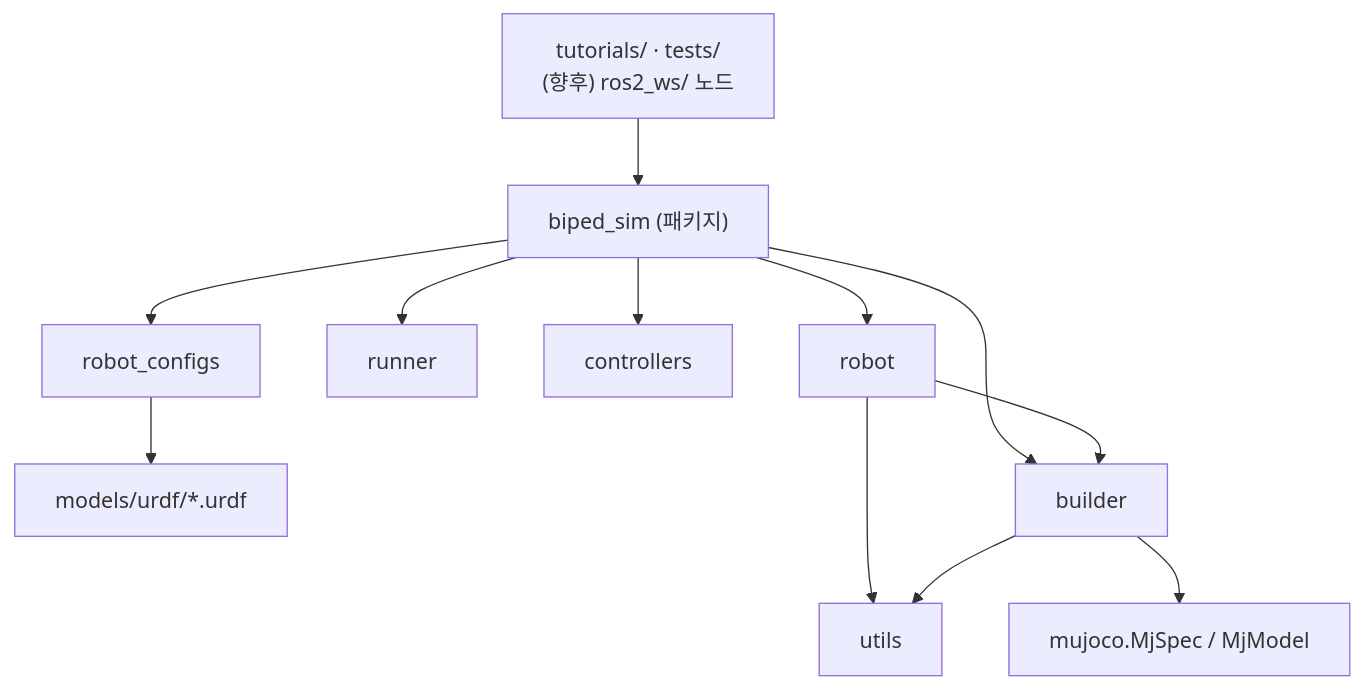
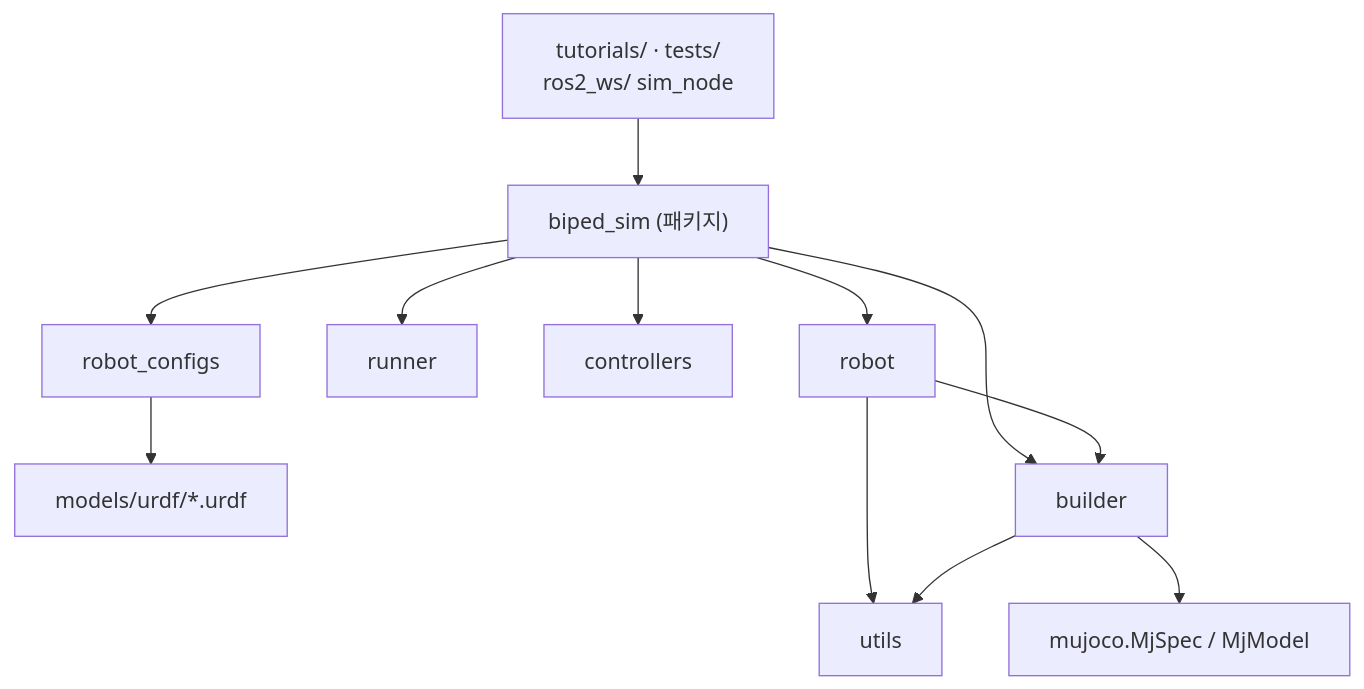
The diagram in README.md (joshualikaist/Giga), drawn with Mermaid before and after one commit. The commit also changed other lines of this file and 17 other files, not shown here.

First line of the commit message:
ROS2 sim_node 추가, 뷰어 종료 문제 수정, ROS2 실습 문서

````diff
--- a/README.md
+++ b/README.md
@@ -98,9 +113,9 @@
 ```mermaid
 flowchart TD
-  T["tutorials/ · tests/<br/>(향후) ros2_ws/ 노드"] --> API["biped_sim (패키지)"]
+  T["tutorials/ · tests/<br/>ros2_ws/ sim_node"] --> API["biped_sim (패키지)"]
   API --> CFG[robot_configs] --> URDF["models/urdf/*.urdf"]
   API --> RUN[runner] & CTL[controllers] & ROB[robot] & BLD[builder]
   ROB --> BLD
   ROB & BLD --> UT[utils]
   BLD --> MJ["mujoco.MjSpec / MjModel"]
 ```
````
